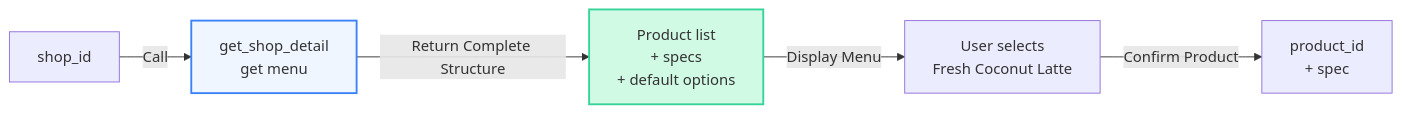
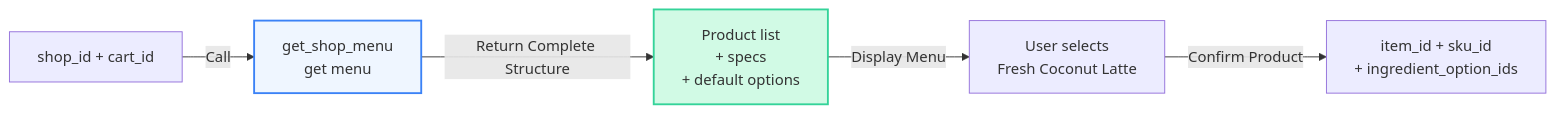
One commit to clawdot/docs changed the second of 3 diagrams in en/super-agent/food-delivery.mdx. Above: the diagram before and after it, drawn with Mermaid. The commit also changed other lines of this file and 20 other files, not shown here.

````diff
--- a/en/super-agent/food-delivery.mdx
+++ b/en/super-agent/food-delivery.mdx
@@ -182,10 +201,10 @@
 ```mermaid
 graph LR
-  A["shop_id"] -->|Call| B["get_shop_detail<br/>get menu"]
+  A["shop_id + cart_id"] -->|Call| B["get_shop_menu<br/>get menu"]
   B -->|Return Complete Structure| C["Product list<br/>+ specs<br/>+ default options"]
   C -->|Display Menu| D["User selects<br/>Fresh Coconut Latte"]
-  D -->|Confirm Product| E["product_id<br/>+ spec"]
+  D -->|Confirm Product| E["item_id + sku_id<br/>+ ingredient_option_ids"]
 
   style B fill:#EFF6FF,stroke:#3B82F6,stroke-width:2px
   style C fill:#D1FAE5,stroke:#34D399,stroke-width:2px
 ```
````
